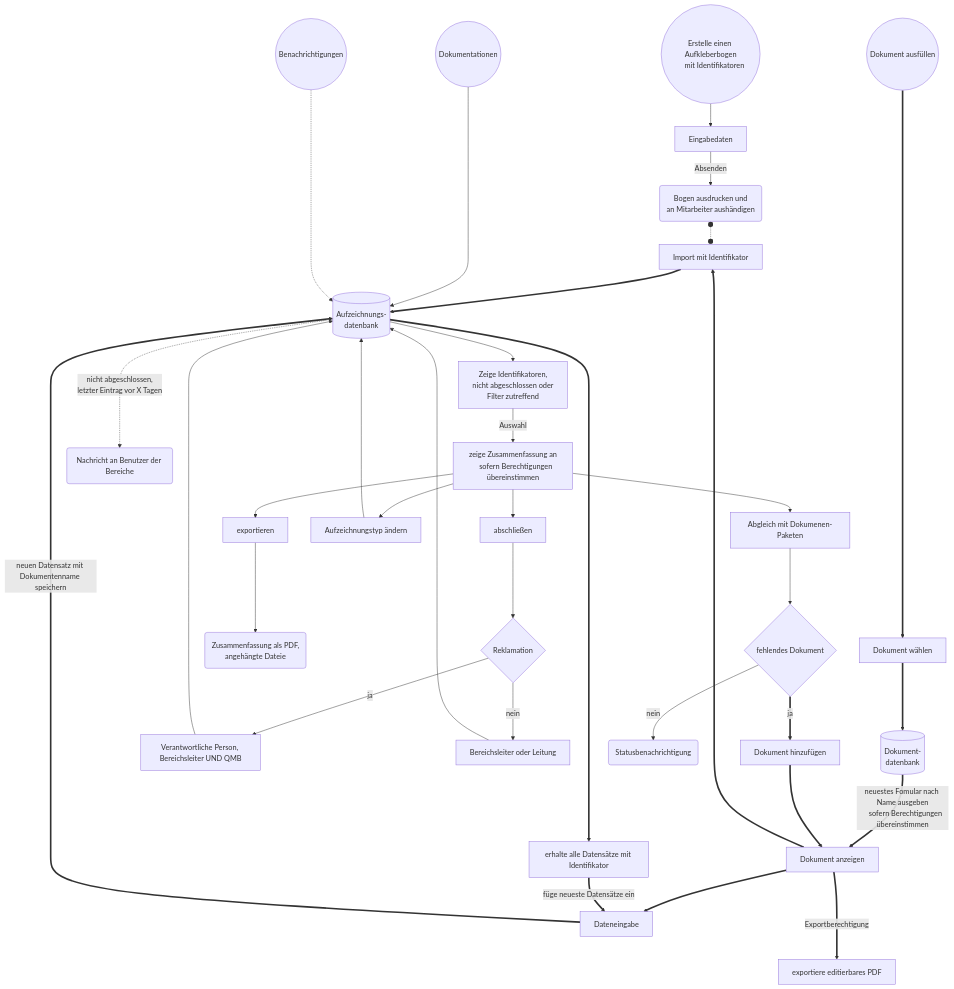
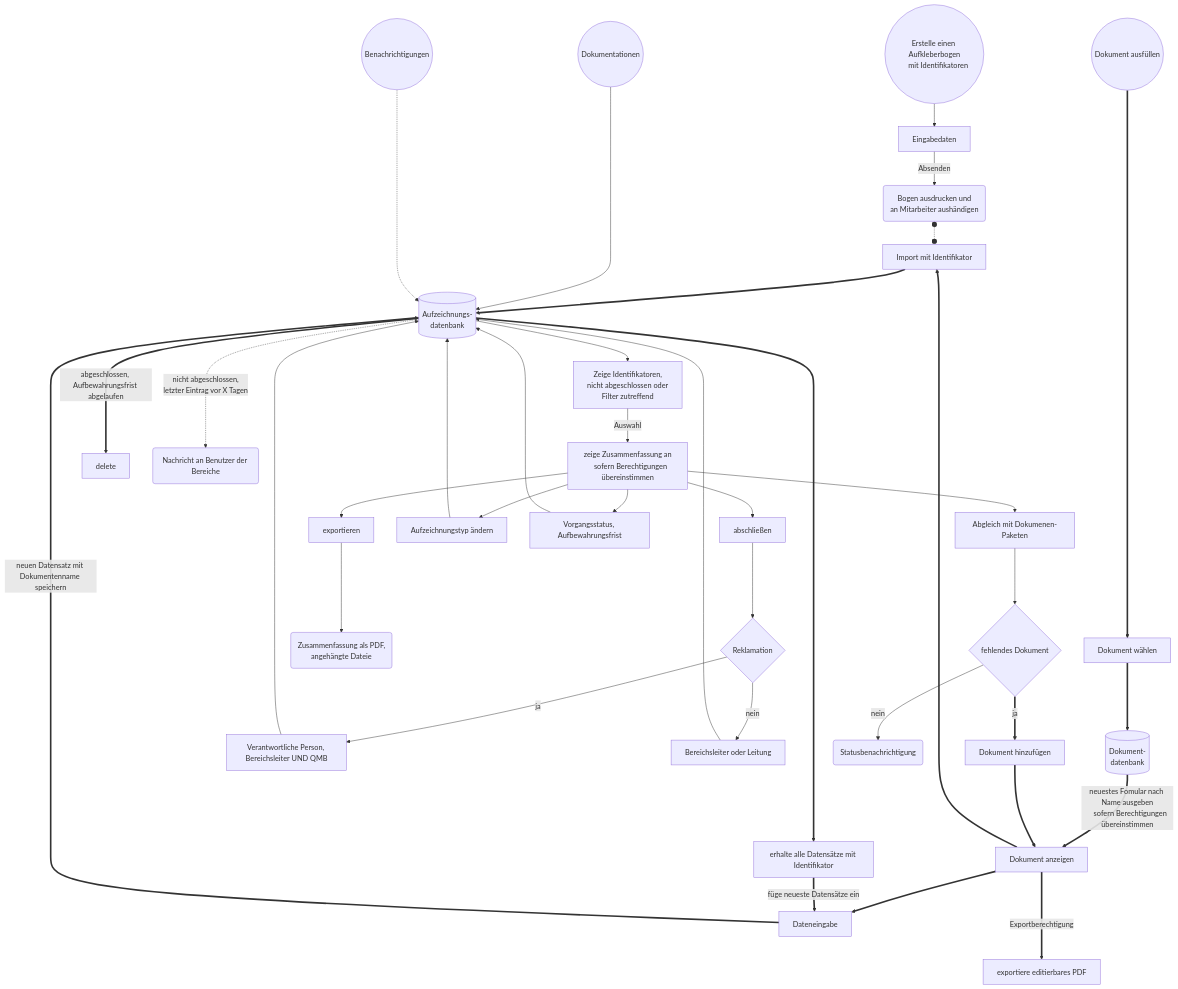
Before and after one commit to erroronline1/caro: the fourth of 7 diagrams in readme.de.md, drawn with Mermaid. The commit also changed other lines of this file and 1 other file, not shown here.

Commit message:
flowcharts updates

````diff
--- a/readme.de.md
+++ b/readme.de.md
@@ -498,52 +498,56 @@
 ```mermaid
 graph TD;
     identifiersheet(("Erstelle einen Aufkleberbogen
     mit Identifikatoren"));
     identifiersheet-->input[Eingabedaten];
     input-->|Absenden|print("Bogen ausdrucken und
     an Mitarbeiter aushändigen");
 
     filldocument((Dokument ausfüllen))=========>selectdocument[Dokument wählen];
     selectdocument==>document_db[("Dokument-
     datenbank")];
     document_db==>|"neuestes Fomular nach Name ausgeben
     sofern Berechtigungen übereinstimmen"|displaydocument[Dokument anzeigen];
     displaydocument==>inputdata[Dateneingabe];
     inputdata==>|"neuen Datensatz mit Dokumentenname speichern"|record_db[("Aufzeichnungs-
     datenbank")];
 
     displaydocument==>idimport[Import mit Identifikator];
     idimport==>record_db;
     record_db==>selectbyid[erhalte alle Datensätze mit Identifikator];
     selectbyid==>|füge neueste Datensätze ein|inputdata;
     displaydocument===>|Exportberechtigung|exportdocument[exportiere editierbares PDF]
 
     print o-.-o idimport;
 
     summaries(("Dokumentationen"))----->record_db;
     record_db-->displayids["Zeige Identifikatoren,
     nicht abgeschlossen oder
     Filter zutreffend"];
     displayids-->|Auswahl|summary["zeige Zusammenfassung an
     sofern Berechtigungen übereinstimmen"];
     summary-->close[abschließen];
     close-->complaint{Reklamation};
     complaint-->|ja|complaintclose[Verantwortliche Person, Bereichsleiter UND QMB];
     complaintclose-->record_db;
     complaint-->|nein|nocomplaintclose[Bereichsleiter oder Leitung];
     nocomplaintclose-->record_db;
     summary-->export[exportieren];
     export-->pdf("Zusammenfassung als PDF,
     angehängte Dateie");
     summary-->matchbundles[Abgleich mit Dokumenen-Paketen];
     matchbundles-->missing{fehlendes Dokument};
     missing==>|ja|appenddata[Dokument hinzufügen];
     appenddata==>displaydocument;
     missing-->|nein|nonemissing(Statusbenachrichtigung);
     summary-->retype[Aufzeichnungstyp ändern];
     retype-->record_db;
+    summary-->record_state[Vorgangsstatus, Aufbewahrungsfrist];
+    record_state-->record_db;
+
+    record_db===>|abgeschlossen, Aufbewahrungsfrist abgelaufen|delete;
 
     notification((Benachrichtigungen))-....->record_db;
     record_db-..->|"nicht abgeschlossen,
     letzter Eintrag vor X Tagen"|message(Nachricht an Benutzer der Bereiche);
 ```
````
